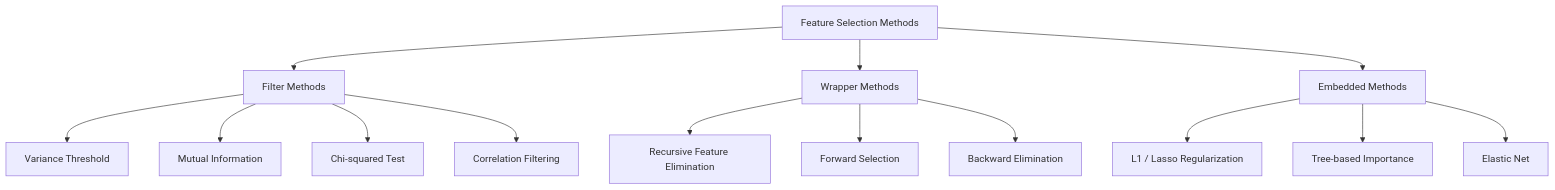
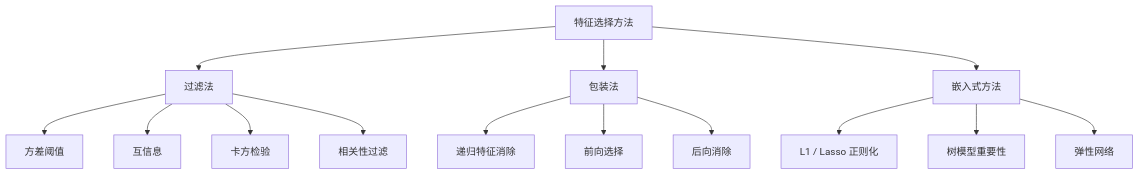
One commit to guangningsun/ailearning changed the first of 4 diagrams in lessons/02-ml-fundamentals/18-feature-selection/docs/zh.md. Above: the diagram before and after it, drawn with Mermaid. The commit also changed other lines of this file and 53 other files, not shown here.

````diff
--- a/lessons/02-ml-fundamentals/18-feature-selection/docs/zh.md
+++ b/lessons/02-ml-fundamentals/18-feature-selection/docs/zh.md
@@ -33,19 +33,19 @@
 ```mermaid
 flowchart TD
-    A[Feature Selection Methods] --> B[Filter Methods]
-    A --> C[Wrapper Methods]
-    A --> D[Embedded Methods]
+    A[特征选择方法] --> B[过滤法]
+    A --> C[包装法]
+    A --> D[嵌入式方法]
 
-    B --> B1["Variance Threshold"]
-    B --> B2["Mutual Information"]
-    B --> B3["Chi-squared Test"]
-    B --> B4["Correlation Filtering"]
+    B --> B1["方差阈值"]
+    B --> B2["互信息"]
+    B --> B3["卡方检验"]
+    B --> B4["相关性过滤"]
 
-    C --> C1["Recursive Feature Elimination"]
-    C --> C2["Forward Selection"]
-    C --> C3["Backward Elimination"]
+    C --> C1["递归特征消除"]
+    C --> C2["前向选择"]
+    C --> C3["后向消除"]
 
-    D --> D1["L1 / Lasso Regularization"]
-    D --> D2["Tree-based Importance"]
-    D --> D3["Elastic Net"]
+    D --> D1["L1 / Lasso 正则化"]
+    D --> D2["树模型重要性"]
+    D --> D3["弹性网络"]
 ```
````
